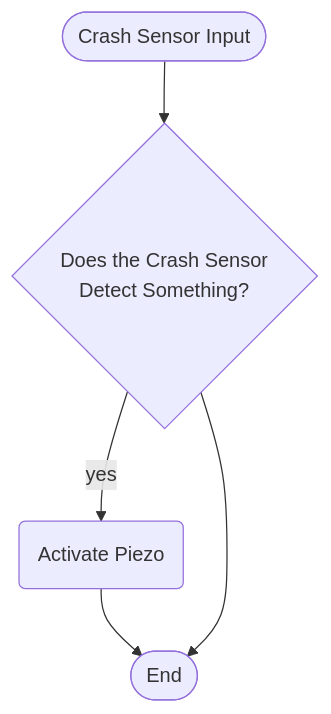
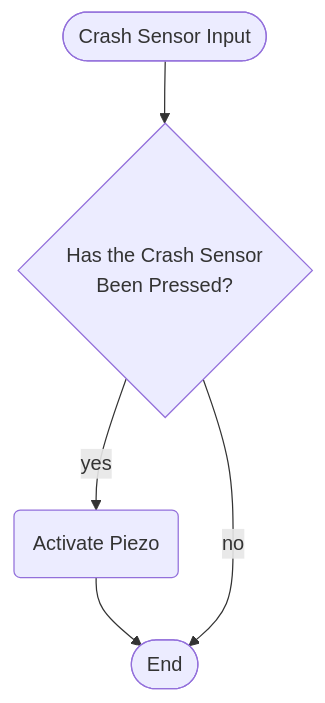
One commit to AjaySayer/Smart-Device-2023-Semester-1 changed the fourth of 4 diagrams in logic.md. Above: the diagram before and after it, drawn with Mermaid. The commit also changed other lines of this file and 1 other file, not shown here.

Commit message:
"high level logic"
its not good

````diff
--- a/logic.md
+++ b/logic.md
@@ -57,17 +57,17 @@
  ```mermaid
  flowchart TD
     crashSensorInput([Crash Sensor Input])
 
     crashSensorInput-->crashSensorDecision
 
-    crashSensorDecision{Does the Crash Sensor <br/>Detect Something?}
+    crashSensorDecision{Has the Crash Sensor<br/>Been Pressed?}
 
     crashSensorDecision-->|yes|crashSensor
 
     crashSensor(Activate Piezo)
     crashSensor-->complete
 
-    crashSensorDecision-->complete
+    crashSensorDecision-->|no|complete
 
     complete([End])
 ```
````
